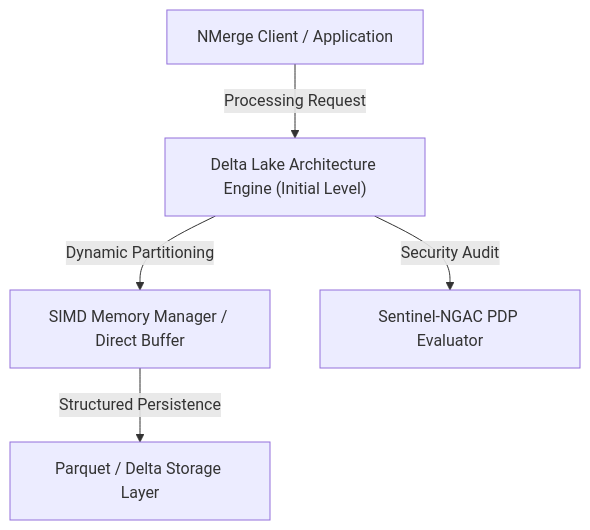
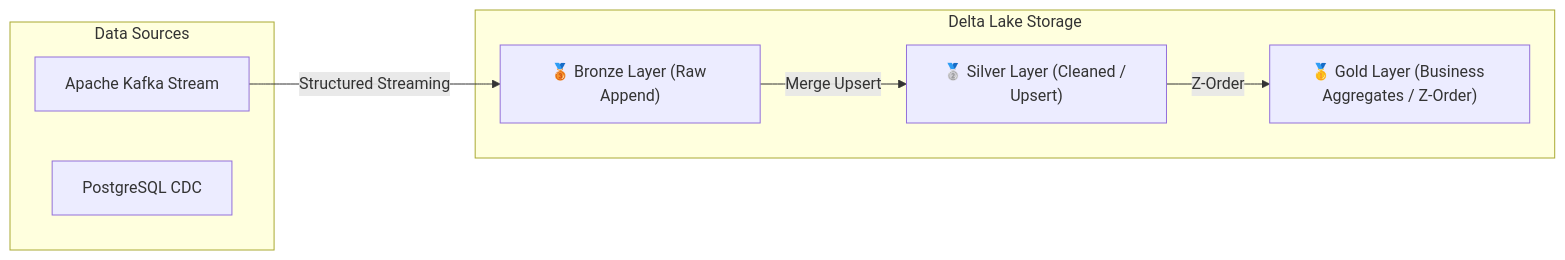
Before and after one commit to gjpierp/nmergeia: the diagram in public/docs/en/datascience_deltalake.md, drawn with Mermaid. The commit also changed other lines of this file and 14 other files, not shown here.

Commit message:
fix(docs): reemplazar la plantilla sintética duplicada de Apache Kafka y Delta Lake por guías técnicas auténticas e independientes con diagramas de flujo y código diferenciado en los 7 idiomas

````diff
--- a/public/docs/en/datascience_deltalake.md
+++ b/public/docs/en/datascience_deltalake.md
@@ -16,7 +15,17 @@
 ```mermaid
-flowchart TD
-    A["NMerge Client / Application"] -->|Processing Request| B["Delta Lake Architecture Engine (Initial Level)"]
-    B -->|Dynamic Partitioning| C["SIMD Memory Manager / Direct Buffer"]
-    C -->|Structured Persistence| D["Parquet / Delta Storage Layer"]
-    B -->|Security Audit| E["Sentinel-NGAC PDP Evaluator"]
+flowchart LR
+    subgraph Sources ["Data Sources"]
+        Kafka["Apache Kafka Stream"]
+        CDC["PostgreSQL CDC"]
+    end
+
+    subgraph Lakehouse ["Delta Lake Storage"]
+        Bronze["🥉 Bronze Layer (Raw Append)"]
+        Silver["🥈 Silver Layer (Cleaned / Upsert)"]
+        Gold["🥇 Gold Layer (Business Aggregates / Z-Order)"]
+    end
+
+    Kafka -->|Structured Streaming| Bronze
+    Bronze -->|Merge Upsert| Silver
+    Silver -->|Z-Order| Gold
 ```
````
